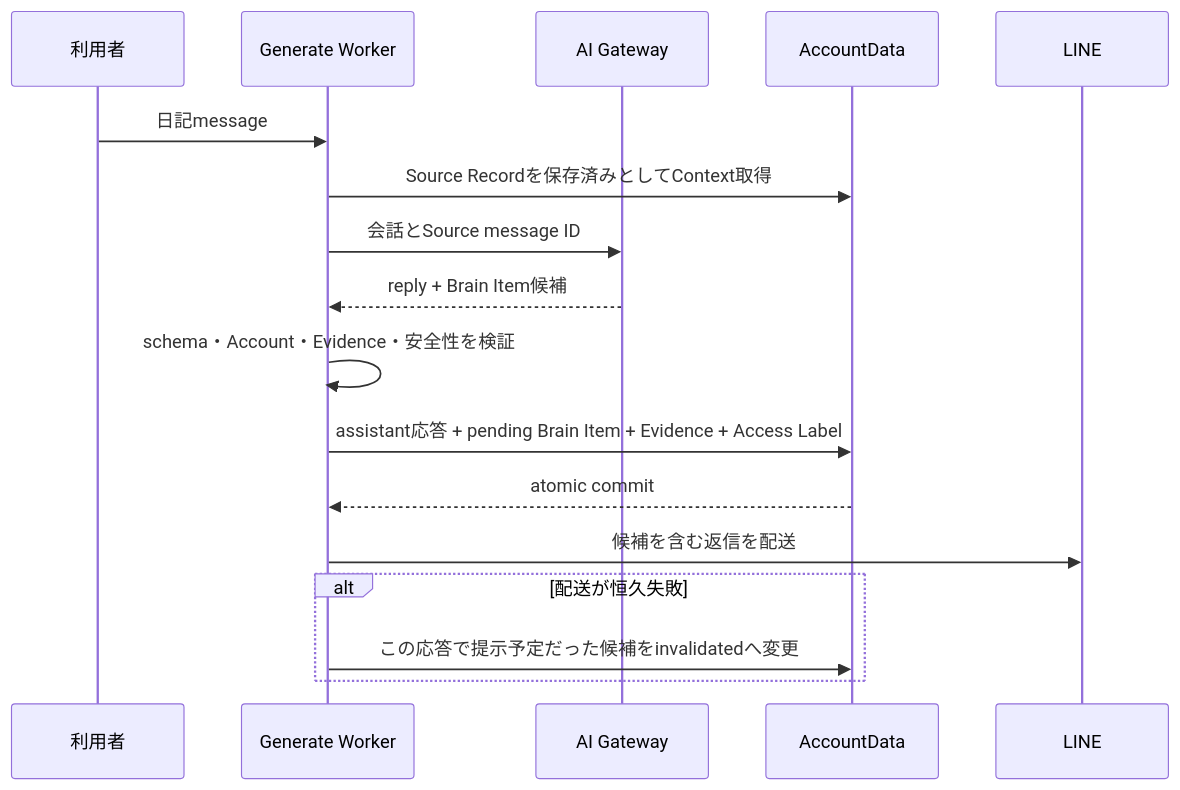
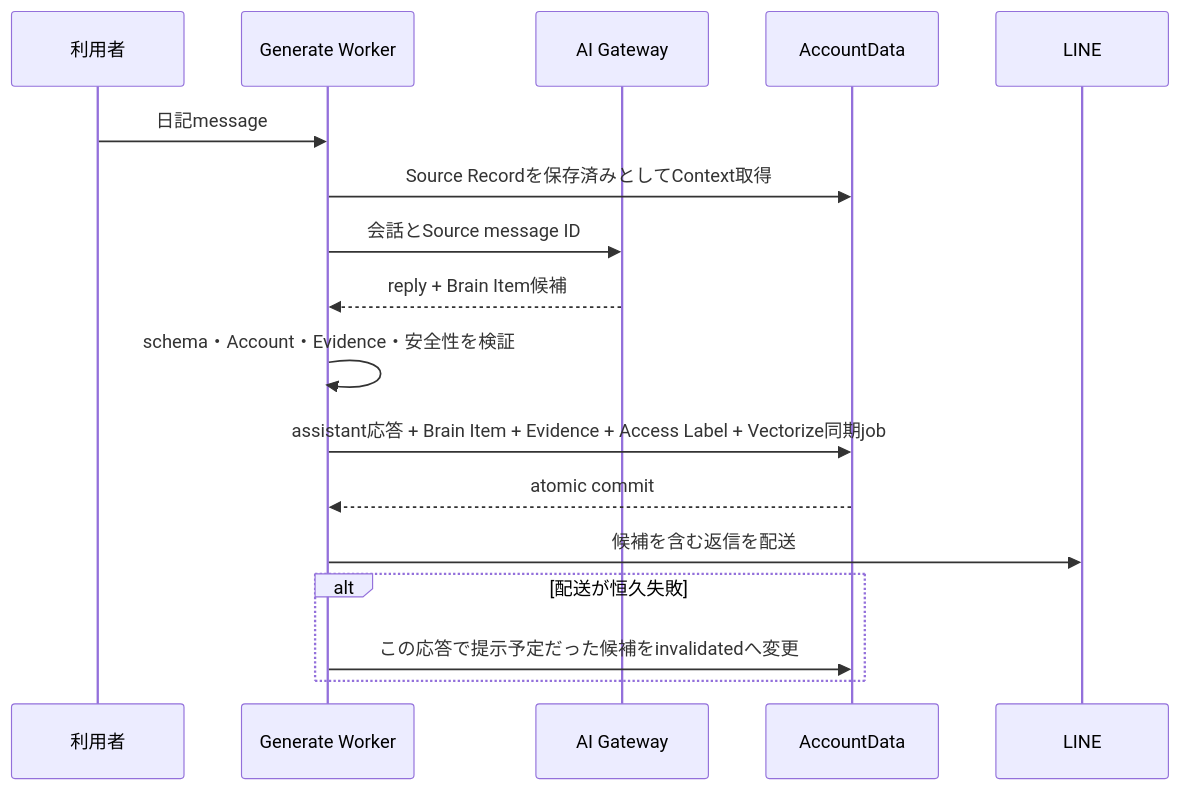
The fourth of 4 diagrams in docs/domain/brain/brain-item-generation-design.md (kkyosuke/me-builder), drawn with Mermaid before and after one commit. The commit also changed other lines of this file and 5 other files, not shown here.

Commit message:
docs(docs): simplify brain item lifecycle

````diff
--- a/docs/domain/brain/brain-item-generation-design.md
+++ b/docs/domain/brain/brain-item-generation-design.md
@@ -288,20 +305,20 @@
 ```mermaid
 sequenceDiagram
     participant U as 利用者
     participant W as Generate Worker
     participant AI as AI Gateway
     participant AD as AccountData
     participant LINE as LINE
 
     U->>W: 日記message
     W->>AD: Source Recordを保存済みとしてContext取得
     W->>AI: 会話とSource message ID
     AI-->>W: reply + Brain Item候補
     W->>W: schema・Account・Evidence・安全性を検証
-    W->>AD: assistant応答 + pending Brain Item + Evidence + Access Label
+    W->>AD: assistant応答 + Brain Item + Evidence + Access Label + Vectorize同期job
     AD-->>W: atomic commit
     W->>LINE: 候補を含む返信を配送
     alt 配送が恒久失敗
         W->>AD: この応答で提示予定だった候補をinvalidatedへ変更
     end
 ```
````
